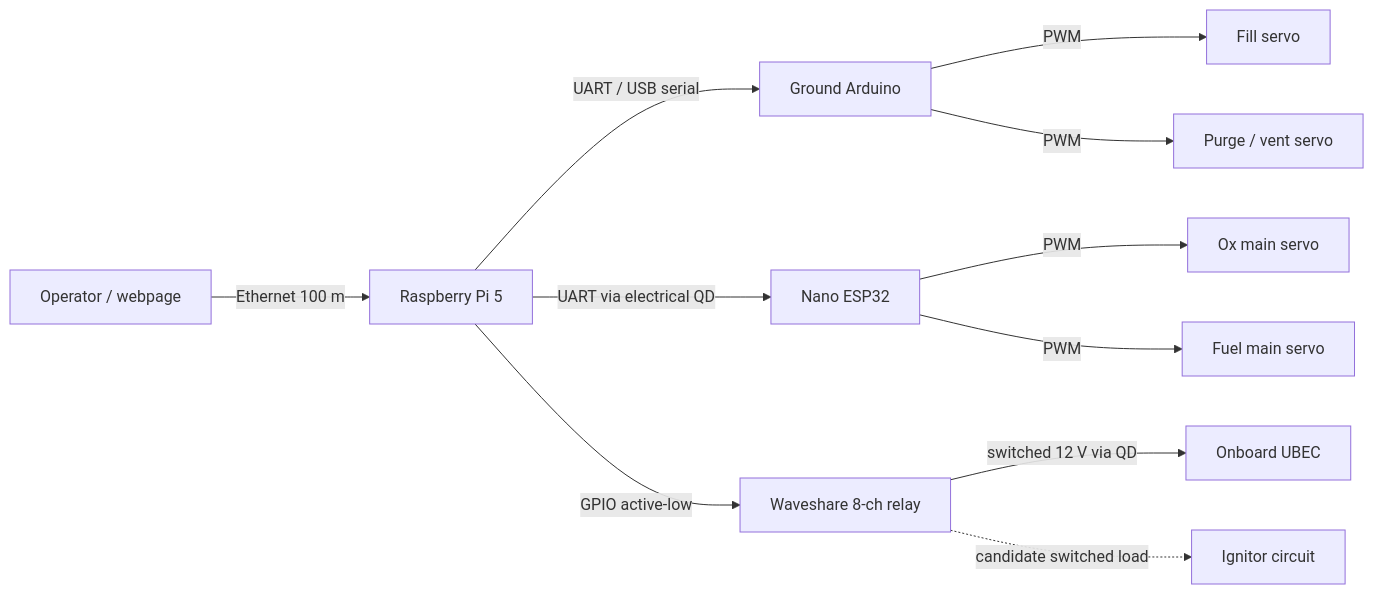
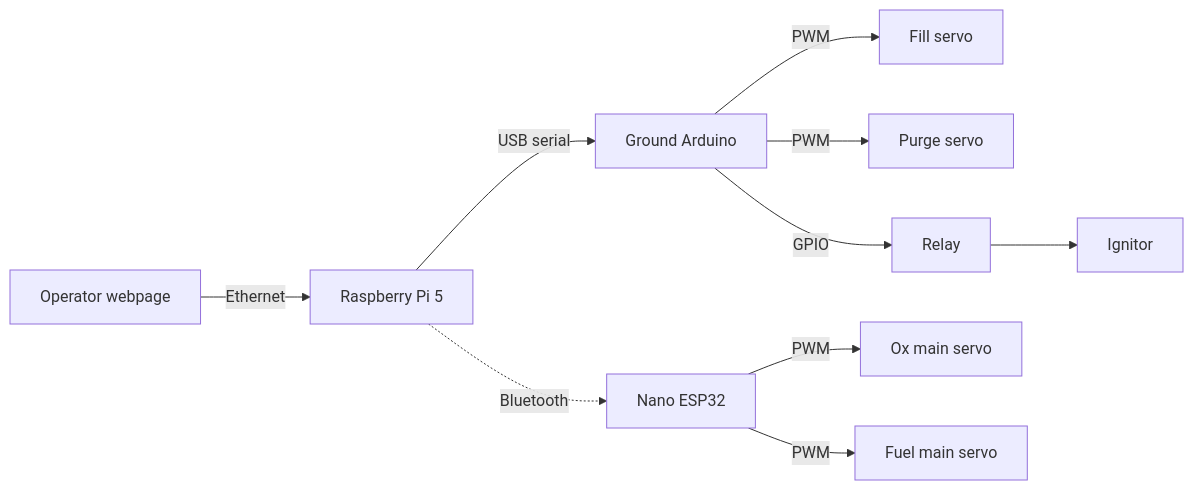
One commit to Lv-L/PistonLiquidRocket changed the first of 2 diagrams in Documentation Vault/02-Design/02-Ground Support Equipment/01-GSE Overview.md. Above: the diagram before and after it, drawn with Mermaid. The commit also changed other lines of this file and 5 other files, not shown here.

````diff
--- a/Documentation Vault/02-Design/02-Ground Support Equipment/01-GSE Overview.md
+++ b/Documentation Vault/02-Design/02-Ground Support Equipment/01-GSE Overview.md
@@ -18,13 +10,12 @@
 ```mermaid
 flowchart LR
-    OP[Operator / webpage] -->|Ethernet 100 m| PI[Raspberry Pi 5]
-    PI -->|UART / USB serial| GNDMCU[Ground Arduino]
-    PI -->|UART via electrical QD| FMCU[Nano ESP32]
-    PI -->|GPIO active-low| RLY[Waveshare 8-ch relay]
-    GNDMCU -->|PWM| FILL[Fill servo]
-    GNDMCU -->|PWM| PURGE[Purge / vent servo]
-    FMCU -->|PWM| OX[Ox main servo]
-    FMCU -->|PWM| FUEL[Fuel main servo]
-    RLY -->|switched 12 V via QD| UBEC[Onboard UBEC]
-    RLY -.->|candidate switched load| IGN[Ignitor circuit]
+    OP[Operator webpage] -->|Ethernet| PI[Raspberry Pi 5]
+    PI -->|USB serial| ARD[Ground Arduino]
+    PI -.->|Bluetooth| ESP[Nano ESP32]
+    ARD -->|PWM| FILL[Fill servo]
+    ARD -->|PWM| PURGE[Purge servo]
+    ARD -->|GPIO| RLY[Relay]
+    RLY --> IGN[Ignitor]
+    ESP -->|PWM| OX[Ox main servo]
+    ESP -->|PWM| FUEL[Fuel main servo]
 ```
````
